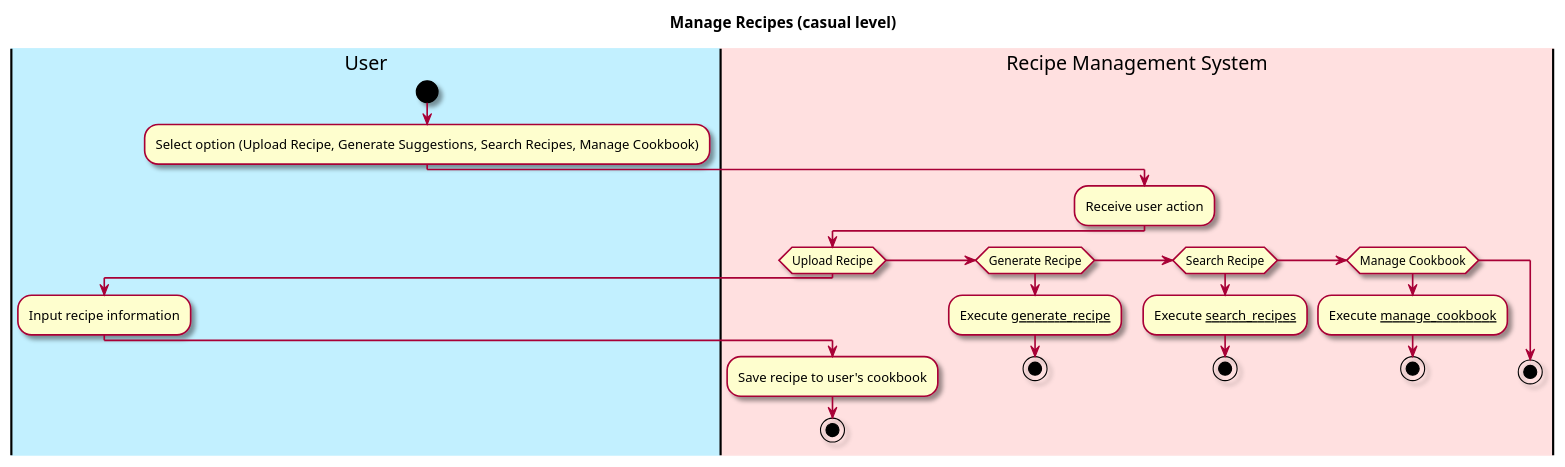
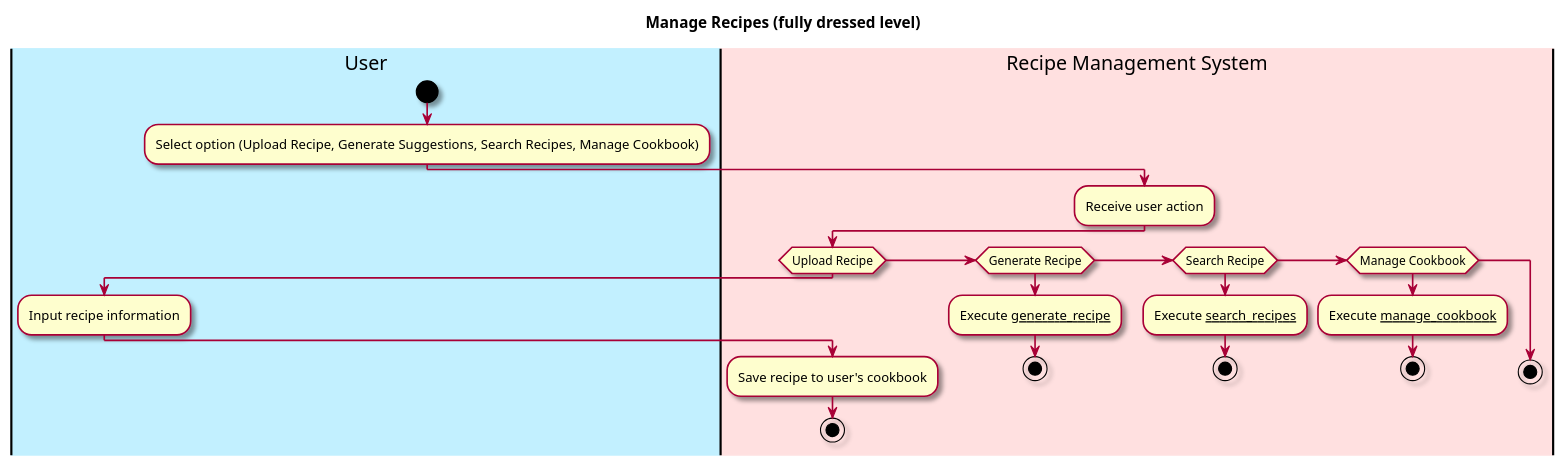
One commit to berthashipper/Pantry-Pal-Android-Application changed the first of 2 diagrams in intellij/doc/use-cases/manage_recipes.md. Above: the diagram before and after it, drawn with PlantUML. The commit also changed other lines of this file and 11 other files, not shown here.

Commit message:
Updated sequence diagrams and workflows to reflect real code

````diff
--- a/intellij/doc/use-cases/manage_recipes.md
+++ b/intellij/doc/use-cases/manage_recipes.md
@@ -29,41 +29,42 @@
 ```plantuml
 @startuml
 
 skin rose
 
-title Manage Recipes (casual level)
+title Manage Recipes (fully dressed level)
 
 'define the lanes
 |#application|User|
 |#implementation|Recipe Management System|
 
 |User|
 start
 :Select option (Upload Recipe, Generate Suggestions, Search Recipes, Manage Cookbook);
 |Recipe Management System|
 :Receive user action;
 
 if (Upload Recipe) then
 |User|
 :Input recipe information;
 |Recipe Management System|
 :Save recipe to user's cookbook;
 stop
 
 elseif (Generate Recipe)
 |Recipe Management System|
 :Execute __generate_recipe__;
 stop
 
 elseif (Search Recipe)
 :Execute __search_recipes__;
 stop
 
 elseif (Manage Cookbook)
 :Execute __manage_cookbook__;
 stop
 
 else
 stop
 @enduml
+
 ```
````
